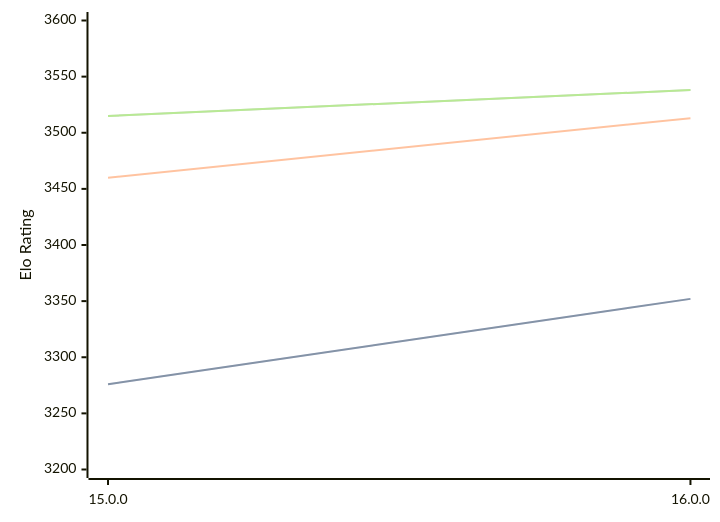
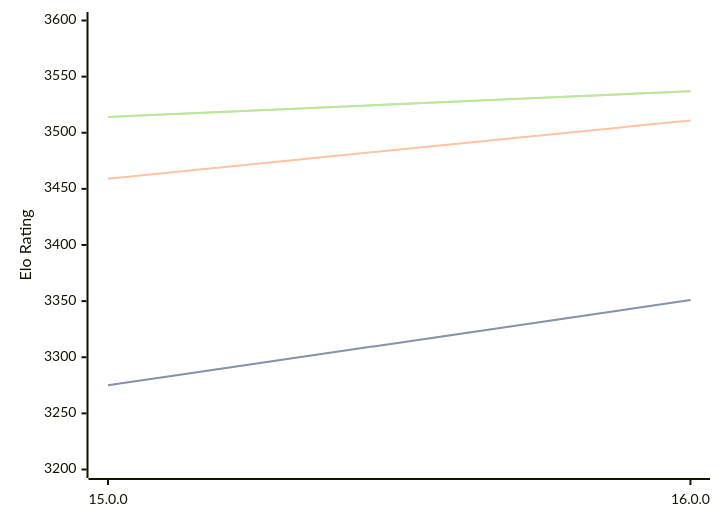
One commit to computer-chess-index/cci changed the diagram in engines/Halogen.md. Above: the diagram before and after it, drawn with Mermaid. The commit also changed other lines of this file, not shown here.

Commit message:
Update CCI Ratings (ELO VLTC) - 2026-08-04

````diff
--- a/engines/Halogen.md
+++ b/engines/Halogen.md
@@ -50,11 +50,11 @@
 ```mermaid
 %%{init: {"theme":"base","themeVariables":{"seriesColors:['#a3a3a3','#222221','#faa371']}}}%%
 xychart-beta
   x-axis ["15.0.0", "16.0.0"]
   y-axis "Elo Rating" 3200 --> 3600
-  line "STC (8.0+0.08s)" [3276, 3352]
-  line "STC (8.0+0.08s)" [3276, 3352]
-  line "LTC (60.0+0.60s)" [3460, 3513]
-  line "VLTC (2m24s+1.12s)" [3515, 3538]
-  line "VLTC (2m24s+1.12s)" [3515, 3538]
+  line "STC (8.0+0.08s)" [3275, 3351]
+  line "STC (8.0+0.08s)" [3275, 3351]
+  line "LTC (60.0+0.60s)" [3459, 3511]
+  line "VLTC (2m24s+1.12s)" [3514, 3537]
+  line "VLTC (2m24s+1.12s)" [3514, 3537]
 ```
````
